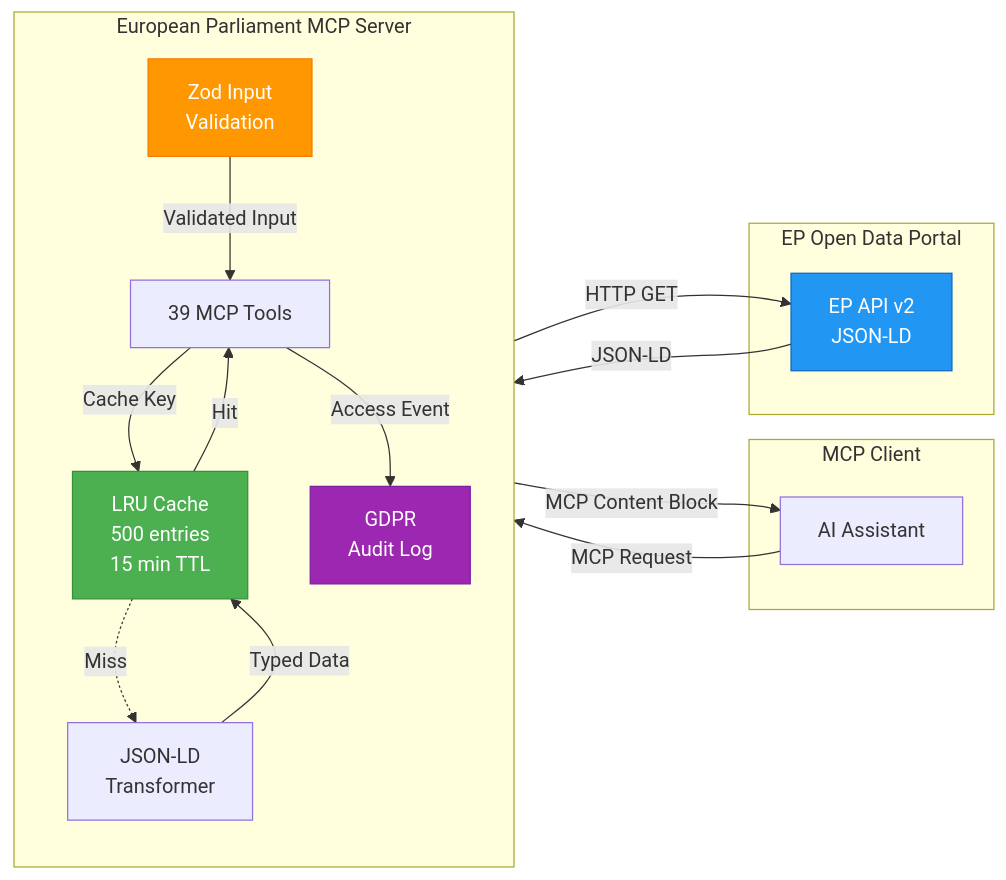
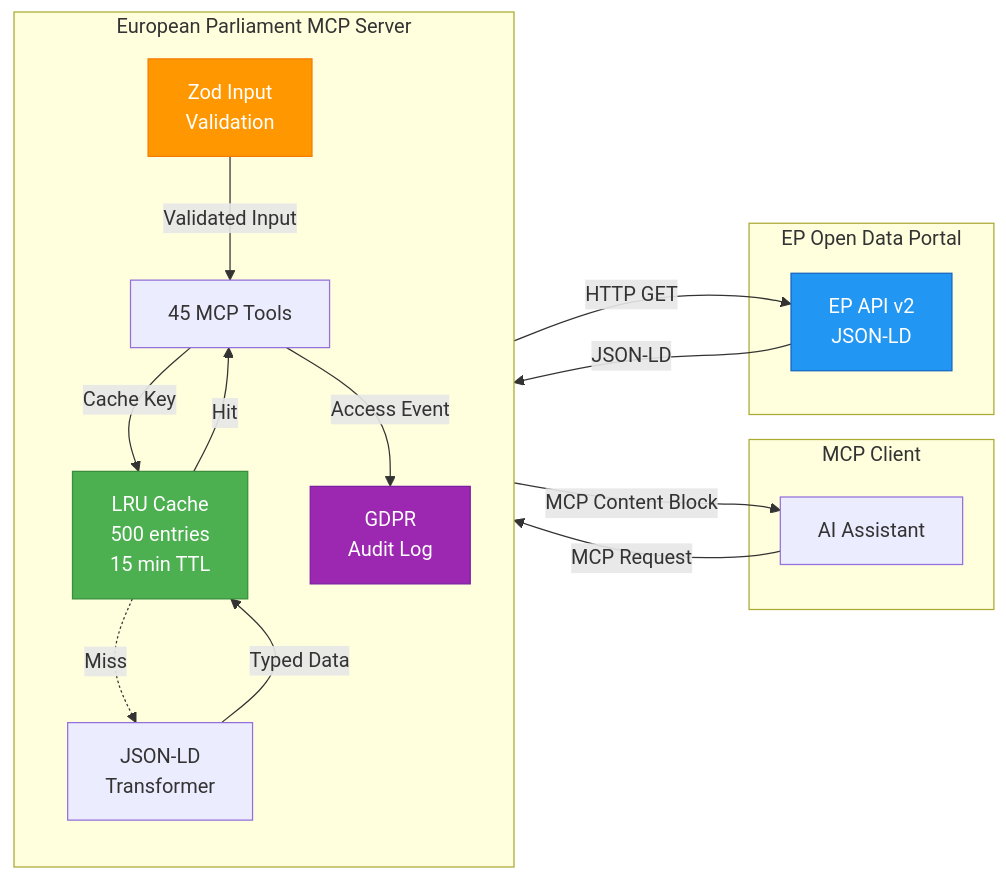
Diagram 11 of 13 in docs/api/media/DATA_MODEL.md (Hack23/European-Parliament-MCP-Server), drawn with Mermaid before and after one commit. The commit also changed other lines of this file and 35 other files, not shown here.

````diff
--- a/docs/api/media/DATA_MODEL.md
+++ b/docs/api/media/DATA_MODEL.md
@@ -848,37 +848,37 @@
 ```mermaid
 flowchart LR
     subgraph "MCP Client"
         AI[AI Assistant]
     end
 
     subgraph "European Parliament MCP Server"
         direction TB
         ZOD[Zod Input<br/>Validation]
-        TOOLS[39 MCP Tools]
+        TOOLS[45 MCP Tools]
         CACHE[LRU Cache<br/>500 entries<br/>15 min TTL]
         TRANSFORM[JSON-LD<br/>Transformer]
         AUDIT[GDPR<br/>Audit Log]
     end
 
     subgraph "EP Open Data Portal"
         API[EP API v2<br/>JSON-LD]
     end
 
     AI -->|MCP Request| ZOD
     ZOD -->|Validated Input| TOOLS
     TOOLS -->|Cache Key| CACHE
 
     CACHE -->|Hit| TOOLS
     CACHE -.->|Miss| TRANSFORM
     TRANSFORM -->|HTTP GET| API
     API -->|JSON-LD| TRANSFORM
     TRANSFORM -->|Typed Data| CACHE
 
     TOOLS -->|MCP Content Block| AI
     TOOLS -->|Access Event| AUDIT
 
     style ZOD fill:#FF9800,stroke:#F57C00,color:#fff
     style CACHE fill:#4CAF50,stroke:#388E3C,color:#fff
     style API fill:#2196F3,stroke:#1565C0,color:#fff
     style AUDIT fill:#9C27B0,stroke:#7B1FA2,color:#fff
 ```
````
